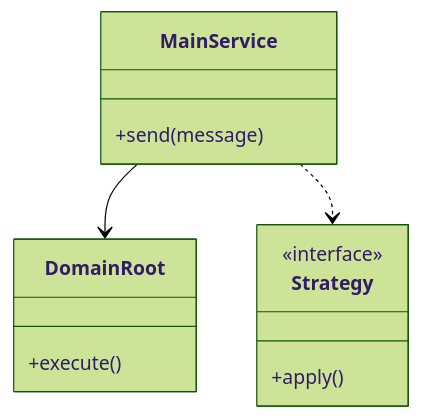
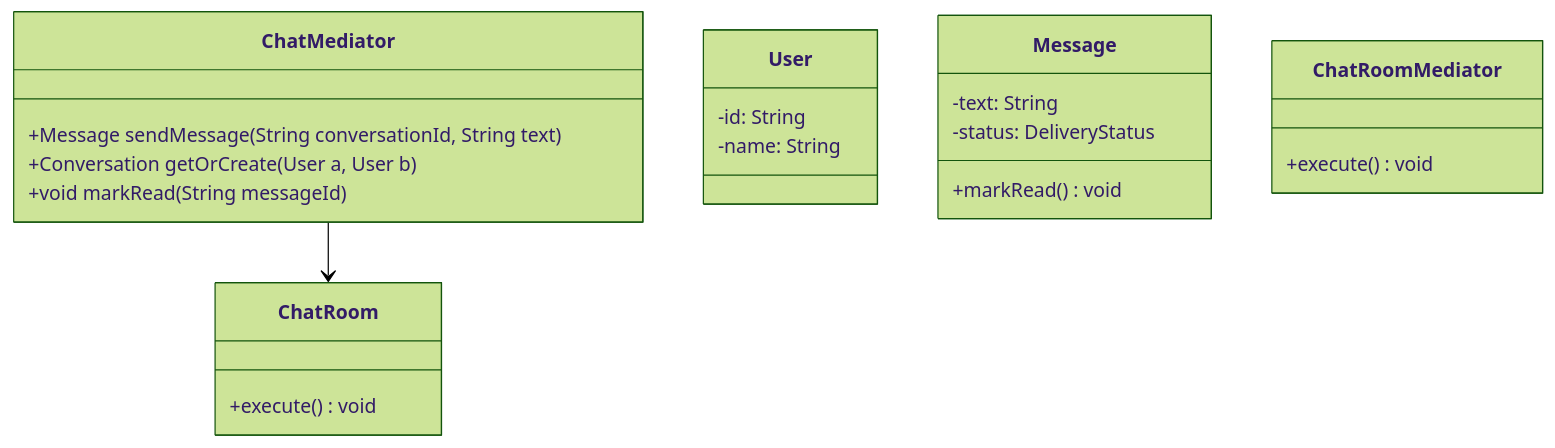
Before and after one commit to madhupaila/Interview-Prep-SSE: the first of 3 diagrams in Learn/System Design - Low Level Design/03-design-patterns/questions/Q19-mediator-chat-room.md, drawn with Mermaid (forest theme). The commit also changed other lines of this file and 491 other files, not shown here.

````diff
--- a/Learn/System Design - Low Level Design/03-design-patterns/questions/Q19-mediator-chat-room.md
+++ b/Learn/System Design - Low Level Design/03-design-patterns/questions/Q19-mediator-chat-room.md
@@ -73,15 +88,24 @@
 ```mermaid
 classDiagram
-    class MainService {
-        +send(message)
+    class ChatMediator {
+        +Message sendMessage(String conversationId, String text)
+        +Conversation getOrCreate(User a, User b)
+        +void markRead(String messageId)
     }
-    class DomainRoot {
-        +execute()
+    class ChatRoom {
+        +execute() void
     }
-    class Strategy {
-        <<interface>>
-        +apply()
+    class User {
+        -id: String
+        -name: String
     }
-    MainService --> DomainRoot
-    MainService ..> Strategy
+    class Message {
+        -text: String
+        -status: DeliveryStatus
+        +markRead() void
+    }
+    class ChatRoomMediator {
+        +execute() void
+    }
+    ChatMediator --> ChatRoom
 ```
````
